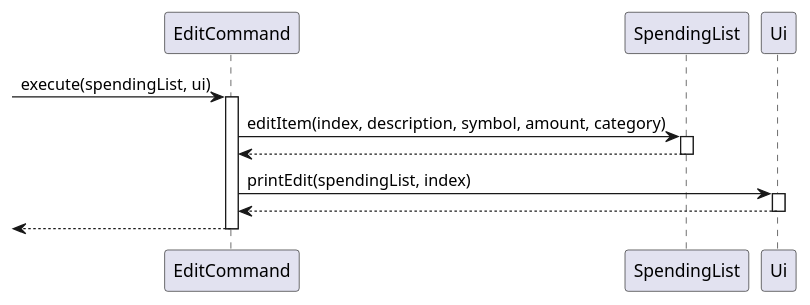
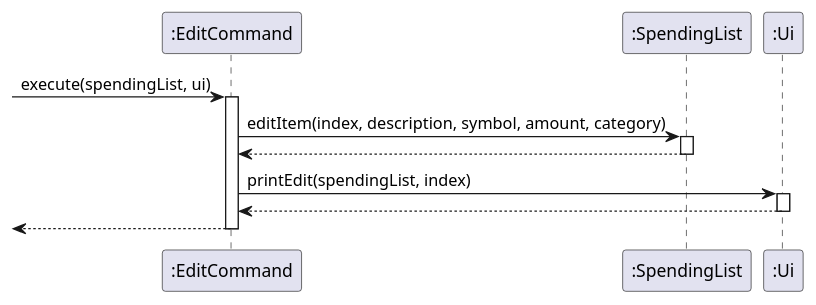
Before and after one commit to xieyaoyue/tp: the diagram in src/uml/EditCommand.puml, drawn with PlantUML. The commit also changed 7 other files, not shown here.

Commit message:
Update minor errors in UML diagrams

```diff
--- a/src/uml/EditCommand.puml
+++ b/src/uml/EditCommand.puml
@@ -1,14 +1,14 @@
 @startuml
-->EditCommand:execute(spendingList, ui)
-activate EditCommand
-EditCommand->SpendingList:editItem(index, description, symbol, amount, category)
-activate SpendingList
-SpendingList-->EditCommand:
-deactivate SpendingList
-EditCommand->Ui:printEdit(spendingList, index)
-activate Ui
-Ui-->EditCommand
-deactivate Ui
-<--EditCommand
-deactivate EditCommand
+->":EditCommand":execute(spendingList, ui)
+activate ":EditCommand"
+":EditCommand"->":SpendingList":editItem(index, description, symbol, amount, category)
+activate ":SpendingList"
+":SpendingList"-->":EditCommand":
+deactivate ":SpendingList"
+":EditCommand"->":Ui":printEdit(spendingList, index)
+activate ":Ui"
+":Ui"-->":EditCommand":
+deactivate ":Ui"
+<--":EditCommand"
+deactivate ":EditCommand"
 @enduml
```
